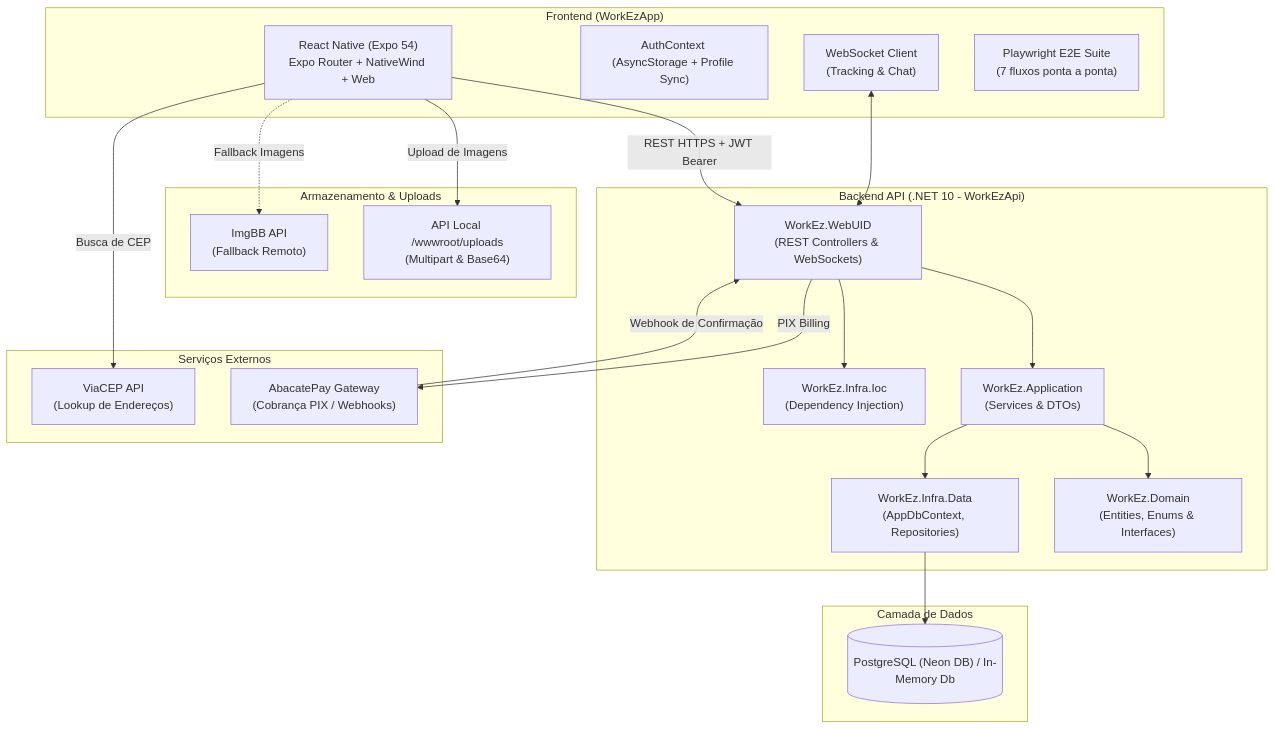
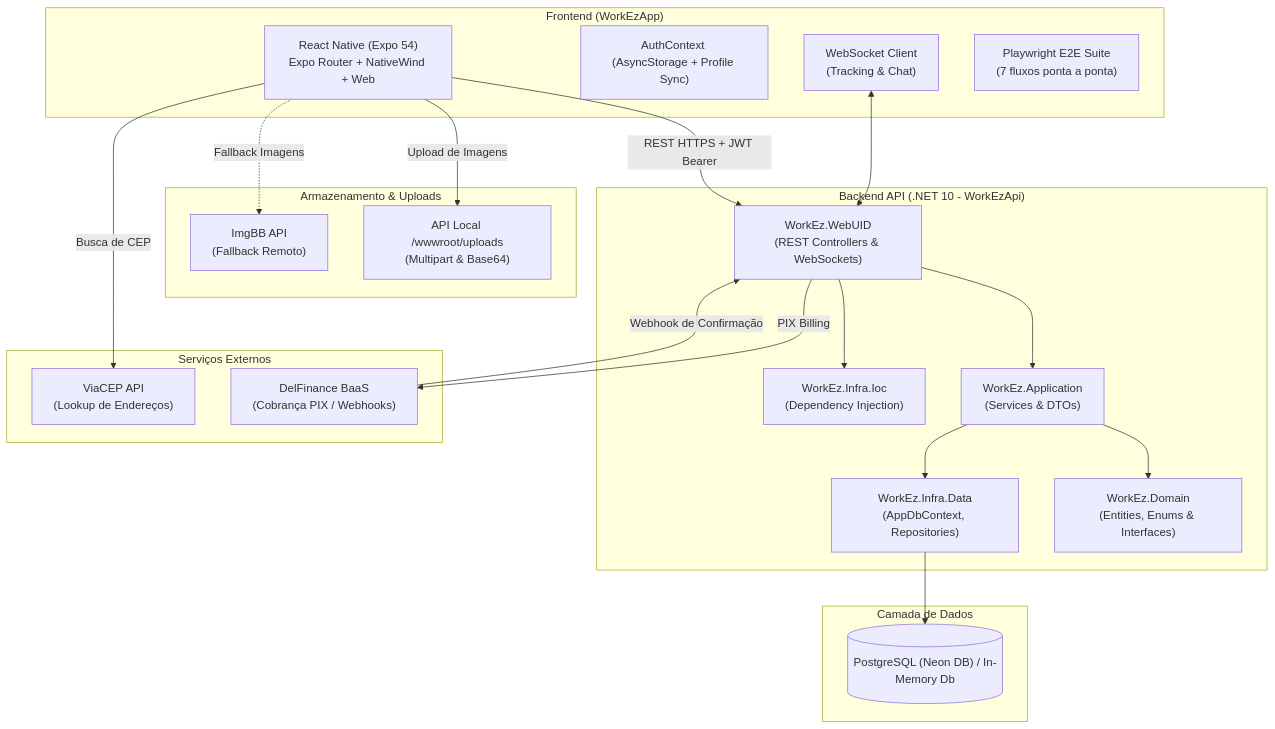
Before and after one commit to fatec-university-projects/WorkEz: the diagram in README.md, drawn with Mermaid. The commit also changed other lines of this file and 9 other files, not shown here.

````diff
--- a/README.md
+++ b/README.md
@@ -85,45 +85,45 @@
 ```mermaid
 graph TB
     subgraph Frontend["Frontend (WorkEzApp)"]
         UI["React Native (Expo 54)<br/>Expo Router + NativeWind + Web"]
         AuthCtx["AuthContext (AsyncStorage + Profile Sync)"]
         WSClient["WebSocket Client<br/>(Tracking & Chat)"]
         E2E["Playwright E2E Suite<br/>(7 fluxos ponta a ponta)"]
     end
 
     subgraph StorageUploads["Armazenamento & Uploads"]
         LocalUploads["API Local /wwwroot/uploads<br/>(Multipart & Base64)"]
         ImgBB["ImgBB API<br/>(Fallback Remoto)"]
     end
 
     subgraph ExternalServices["Serviços Externos"]
         ViaCEP["ViaCEP API<br/>(Lookup de Endereços)"]
-        Abacate["AbacatePay Gateway<br/>(Cobrança PIX / Webhooks)"]
+        DelFinance["DelFinance BaaS<br/>(Cobrança PIX / Webhooks)"]
     end
 
     subgraph Backend["Backend API (.NET 10 - WorkEzApi)"]
         WebUID["WorkEz.WebUID<br/>(REST Controllers & WebSockets)"]
         Ioc["WorkEz.Infra.Ioc<br/>(Dependency Injection)"]
         App["WorkEz.Application<br/>(Services & DTOs)"]
         Domain["WorkEz.Domain<br/>(Entities, Enums & Interfaces)"]
         Data["WorkEz.Infra.Data<br/>(AppDbContext, Repositories)"]
     end
 
     subgraph Database["Camada de Dados"]
         Postgres[("PostgreSQL (Neon DB) / In-Memory Db")]
     end
 
     UI -->|"REST HTTPS + JWT Bearer"| WebUID
     WSClient <--> WebUID
     UI -->|"Upload de Imagens"| LocalUploads
     UI -.->|"Fallback Imagens"| ImgBB
     UI -->|"Busca de CEP"| ViaCEP
 
     WebUID --> App
     WebUID --> Ioc
     App --> Domain
     App --> Data
     Data --> Postgres
-    WebUID -->|"PIX Billing"| Abacate
-    Abacate -->|"Webhook de Confirmação"| WebUID
+    WebUID -->|"PIX Billing"| DelFinance
+    DelFinance -->|"Webhook de Confirmação"| WebUID
 ```
````
